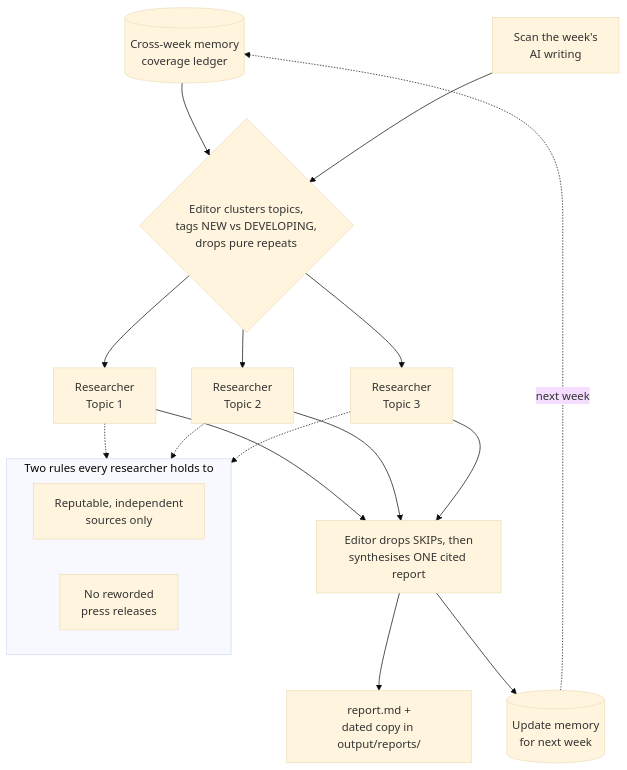
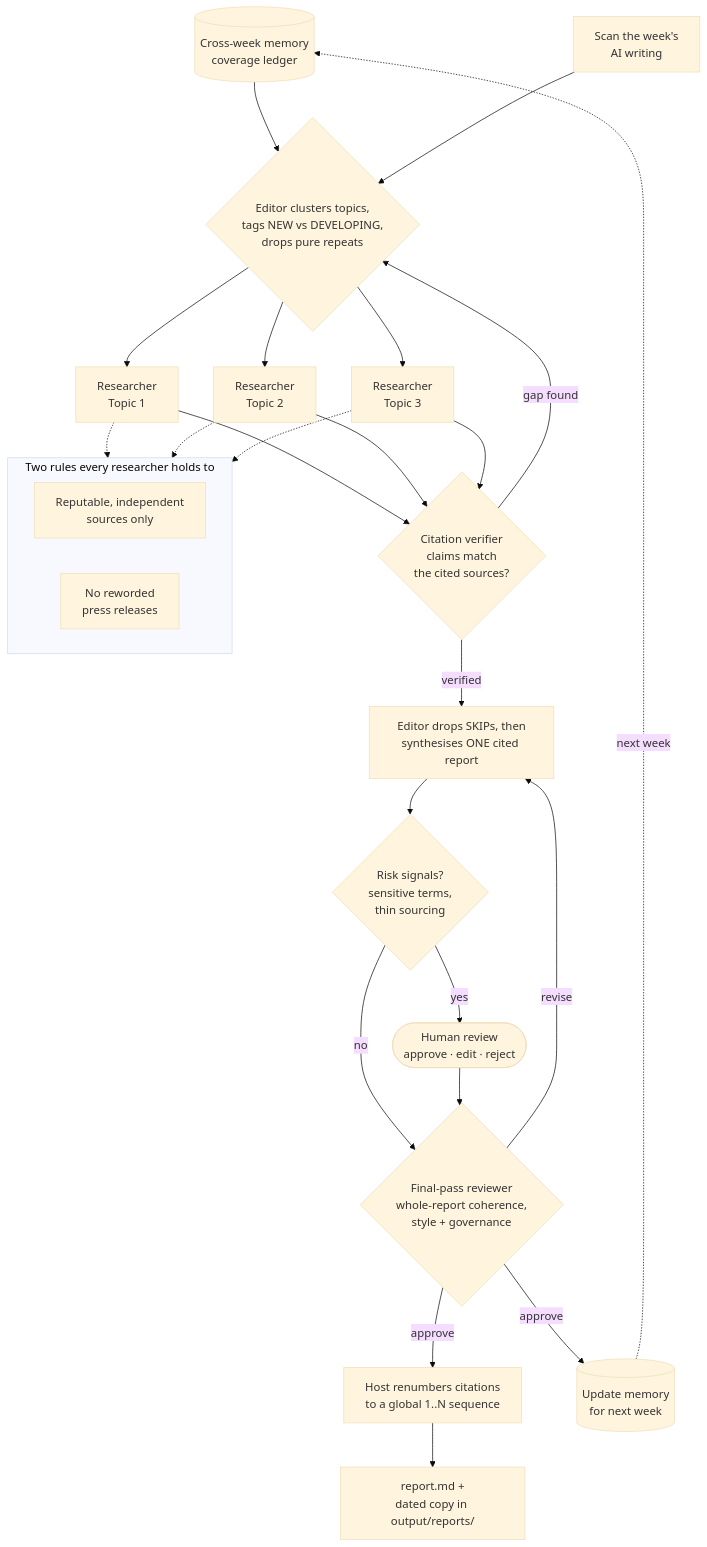
The diagram in README.md (joel-langchain/throughline), drawn with Mermaid (base theme) before and after one commit. The commit also changed other lines of this file, not shown here.

First line of the commit message:
docs: refresh README architecture, shipped list, and roadmap

````diff
--- a/README.md
+++ b/README.md
@@ -17,22 +17,30 @@
 ```mermaid
 flowchart TD
     MEM[(Cross-week memory<br/>coverage ledger)] --> B
     A[Scan the week's<br/>AI writing] --> B{Editor clusters topics,<br/>tags NEW vs DEVELOPING,<br/>drops pure repeats}
     B --> R1[Researcher<br/>Topic 1]
     B --> R2[Researcher<br/>Topic 2]
     B --> R3[Researcher<br/>Topic 3]
     subgraph G [Two rules every researcher holds to]
         direction LR
         Q1[Reputable, independent<br/>sources only]
         Q2[No reworded<br/>press releases]
     end
     R1 -.-> G
     R2 -.-> G
     R3 -.-> G
-    R1 --> S[Editor drops SKIPs, then<br/>synthesises ONE cited report]
-    R2 --> S
-    R3 --> S
-    S --> O[report.md +<br/>dated copy in output/reports/]
-    S --> U[(Update memory<br/>for next week)]
+    R1 --> V{Citation verifier<br/>claims match<br/>the cited sources?}
+    R2 --> V
+    R3 --> V
+    V -->|gap found| B
+    V -->|verified| S[Editor drops SKIPs, then<br/>synthesises ONE cited report]
+    S --> HITL{Risk signals?<br/>sensitive terms,<br/>thin sourcing}
+    HITL -->|yes| HR([Human review<br/>approve · edit · reject])
+    HITL -->|no| FP
+    HR --> FP{Final-pass reviewer<br/>whole-report coherence,<br/>style + governance}
+    FP -->|revise| S
+    FP -->|approve| RN[Host renumbers citations<br/>to a global 1..N sequence]
+    FP -->|approve| U[(Update memory<br/>for next week)]
+    RN --> O[report.md +<br/>dated copy in output/reports/]
     U -.->|next week| MEM
 ```
````
